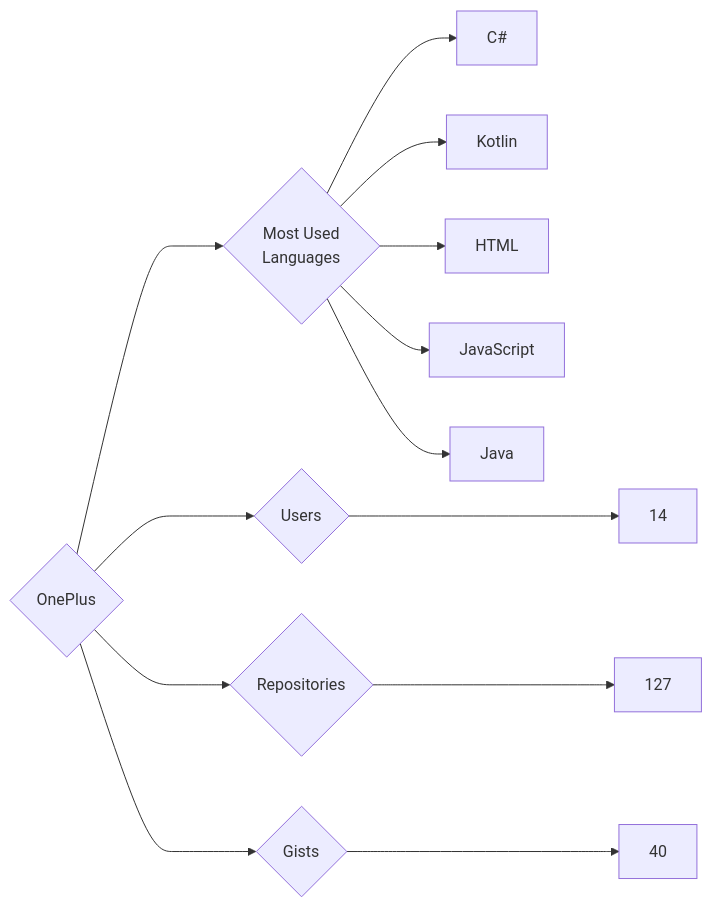
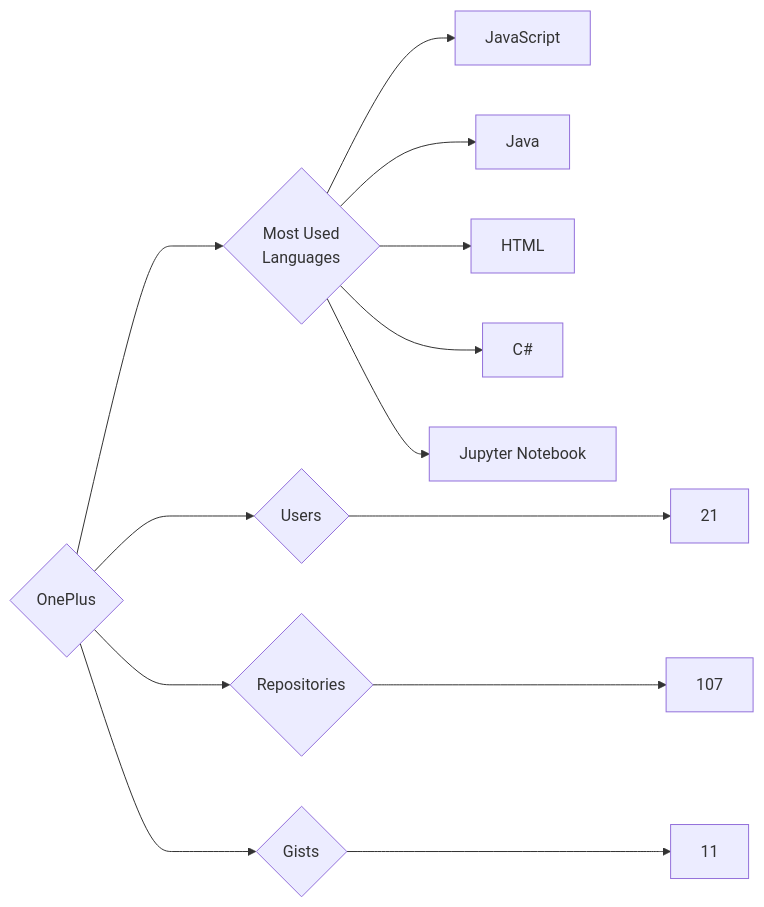
The diagram in targets/OnePlus/README.md (trickest/insiders), drawn with Mermaid before and after one commit. The commit also changed 773 other files, not shown here.

````diff
--- a/targets/OnePlus/README.md
+++ b/targets/OnePlus/README.md
@@ -3,13 +3,13 @@
 ```mermaid
 graph LR
 COMPANY_NAME{OnePlus}
-COMPANY_NAME ---> U{Users} ---> UN[14]
-COMPANY_NAME ---> R{Repositories} ---> RN[127]
-COMPANY_NAME ---> G{Gists} ---> GN[40]
+COMPANY_NAME ---> U{Users} ---> UN[21]
+COMPANY_NAME ---> R{Repositories} ---> RN[107]
+COMPANY_NAME ---> G{Gists} ---> GN[11]
 COMPANY_NAME ---> ML{Most Used<br>Languages}
-ML --> C#[C#]
-ML --> Kotlin[Kotlin]
-ML --> HTML[HTML]
 ML --> JavaScript[JavaScript]
 ML --> Java[Java]
+ML --> HTML[HTML]
+ML --> C#[C#]
+ML --> Jupyter_Notebook[Jupyter Notebook]
 ```
````
